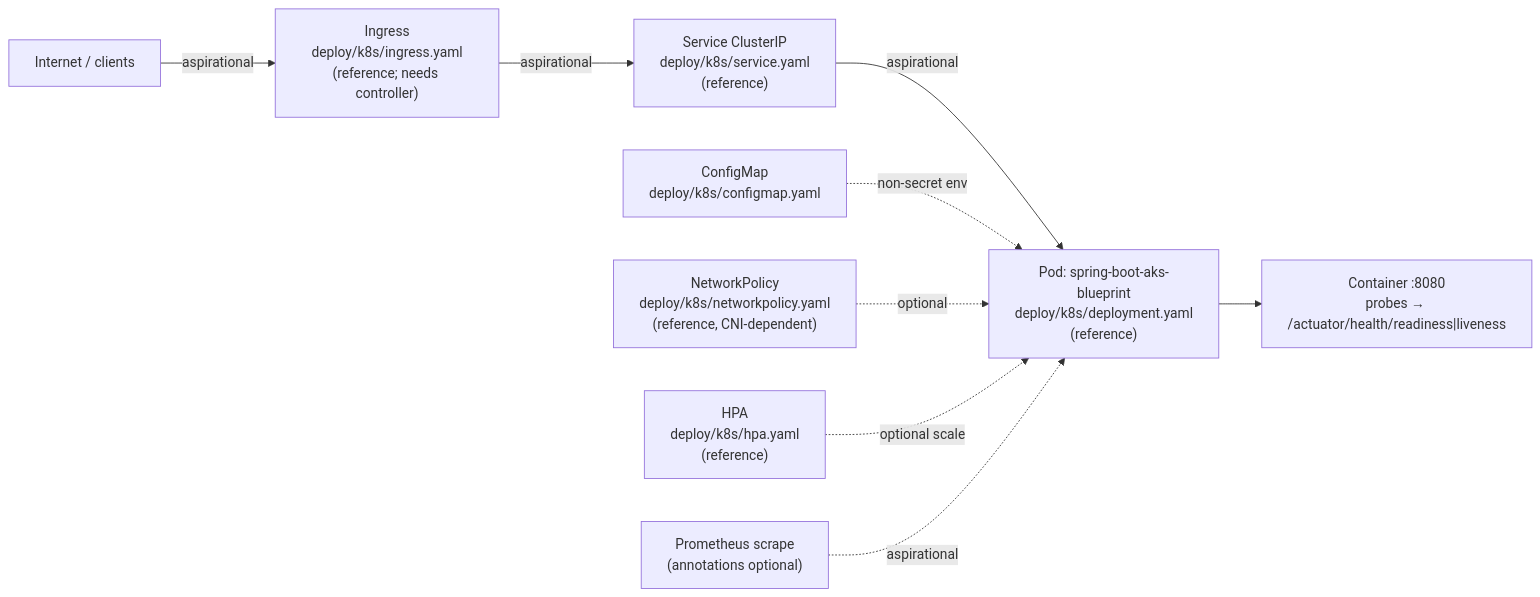
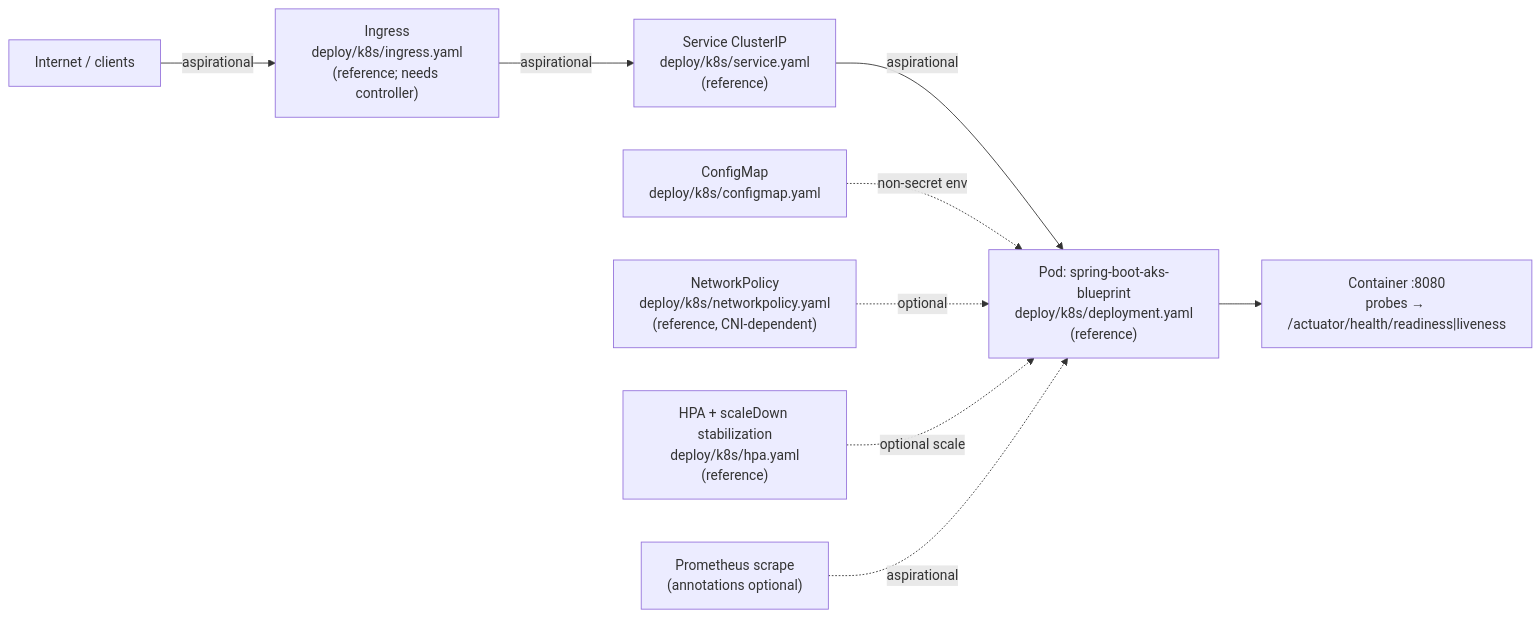
The second of 2 diagrams in docs/architecture/network-diagram.md (rmkr-dev/spring-boot-aks-blueprint), drawn with Mermaid before and after one commit. The commit also changed other lines of this file and 2 other files, not shown here.

Commit message:
docs(architecture): refresh diagrams for v1.3.2+ surfaces
Document uid 10001, RollingUpdate, HPA behavior, Service appProtocol, and healthcheck curl max-time in Mermaid views and inventory.

````diff
--- a/docs/architecture/network-diagram.md
+++ b/docs/architecture/network-diagram.md
@@ -27,11 +27,11 @@
 ```mermaid
 flowchart LR
   Internet["Internet / clients"] -->|"aspirational"| Ing["Ingress<br/>deploy/k8s/ingress.yaml<br/>(reference; needs controller)"]
   Ing -->|"aspirational"| Svc["Service ClusterIP<br/>deploy/k8s/service.yaml<br/>(reference)"]
   Svc -->|"aspirational"| Pod["Pod: spring-boot-aks-blueprint<br/>deploy/k8s/deployment.yaml<br/>(reference)"]
   Pod --> App["Container :8080<br/>probes → /actuator/health/readiness|liveness"]
   CM["ConfigMap<br/>deploy/k8s/configmap.yaml"] -.->|"non-secret env"| Pod
   NP["NetworkPolicy<br/>deploy/k8s/networkpolicy.yaml<br/>(reference, CNI-dependent)"] -.->|"optional"| Pod
-  HPA["HPA<br/>deploy/k8s/hpa.yaml<br/>(reference)"] -.->|"optional scale"| Pod
+  HPA["HPA + scaleDown stabilization<br/>deploy/k8s/hpa.yaml<br/>(reference)"] -.->|"optional scale"| Pod
   Prom["Prometheus scrape<br/>(annotations optional)"] -.->|"aspirational"| Pod
 ```
````
